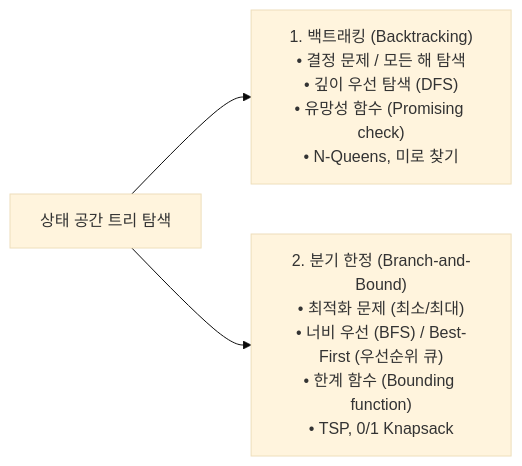
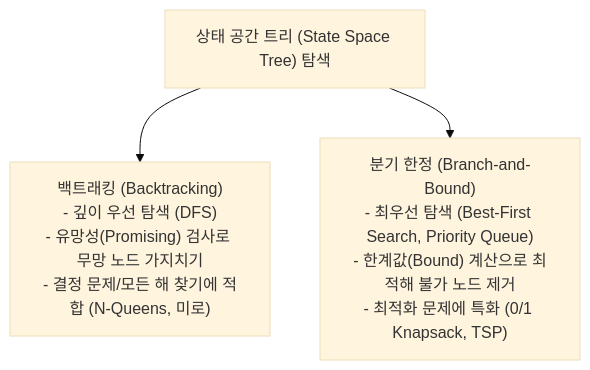
The diagram in ComputerScience/06_algorithms-graphics/algorithm-design-analysis/notes/09. 백트래킹과 분기 한정.md (umyunsang/edu), drawn with Mermaid (base theme) before and after one commit. The commit also changed other lines of this file and 72 other files, not shown here.

````diff
--- a/ComputerScience/06_algorithms-graphics/algorithm-design-analysis/notes/09. 백트래킹과 분기 한정.md
+++ b/ComputerScience/06_algorithms-graphics/algorithm-design-analysis/notes/09. 백트래킹과 분기 한정.md
@@ -34,6 +32,6 @@
 ```mermaid
-flowchart LR
-    SEARCH["상태 공간 트리 탐색"]
-    SEARCH --> BT["1. 백트래킹 (Backtracking)<br/>• 결정 문제 / 모든 해 탐색<br/>• 깊이 우선 탐색 (DFS)<br/>• 유망성 함수 (Promising check)<br/>• N-Queens, 미로 찾기"]
-    SEARCH --> BB["2. 분기 한정 (Branch-and-Bound)<br/>• 최적화 문제 (최소/최대)<br/>• 너비 우선 (BFS) / Best-First (우선순위 큐)<br/>• 한계 함수 (Bounding function)<br/>• TSP, 0/1 Knapsack"]
+flowchart TD
+    SST["상태 공간 트리 (State Space Tree) 탐색"]
+    SST --> BT["백트래킹 (Backtracking)<br/>- 깊이 우선 탐색 (DFS)<br/>- 유망성(Promising) 검사로 무망 노드 가지치기<br/>- 결정 문제/모든 해 찾기에 적합 (N-Queens, 미로)"]
+    SST --> BB["분기 한정 (Branch-and-Bound)<br/>- 최우선 탐색 (Best-First Search, Priority Queue)<br/>- 한계값(Bound) 계산으로 최적해 불가 노드 제거<br/>- 최적화 문제에 특화 (0/1 Knapsack, TSP)"]
 ```
````
